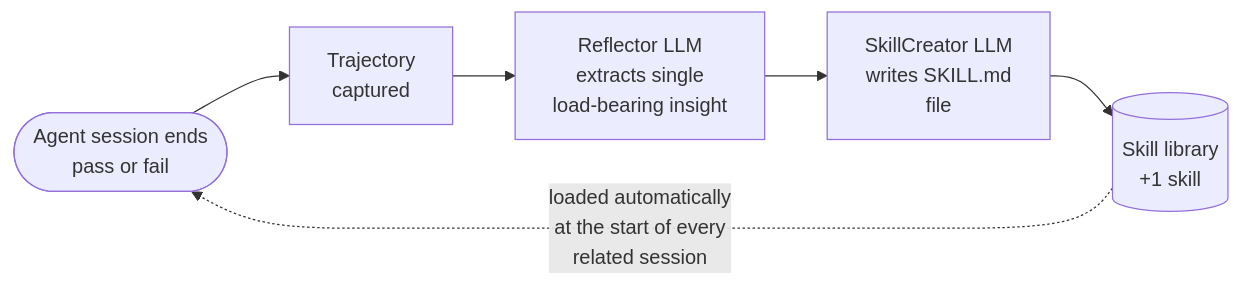
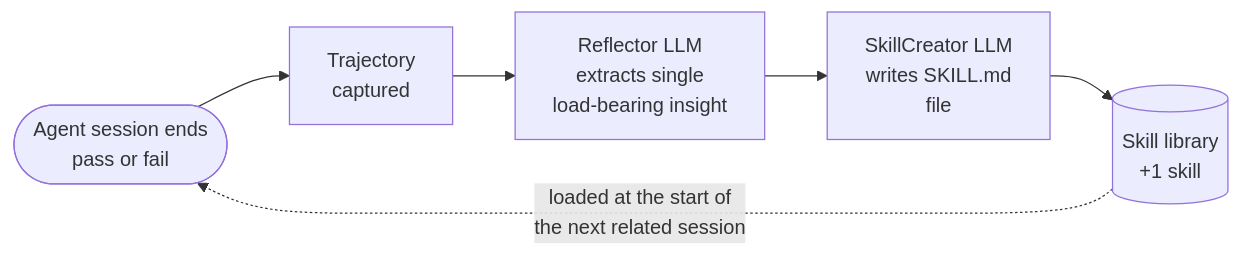
Before and after one commit to mrazakhan/ContinuumAI: the diagram in BLOG.md, drawn with Mermaid. The commit also changed other lines of this file, not shown here.

````diff
--- a/BLOG.md
+++ b/BLOG.md
@@ -40,8 +40,8 @@
 ```mermaid
 flowchart LR
     A([Agent session ends<br/>pass or fail]) --> B[Trajectory<br/>captured]
     B --> C[Reflector LLM<br/>extracts single<br/>load-bearing insight]
     C --> D[SkillCreator LLM<br/>writes SKILL.md<br/>file]
     D --> E[(Skill library<br/>+1 skill)]
-    E -. loaded automatically<br/>at the start of every<br/>related session .-> A
+    E -. loaded at the start of<br/>the next related session .-> A
 ```
````
